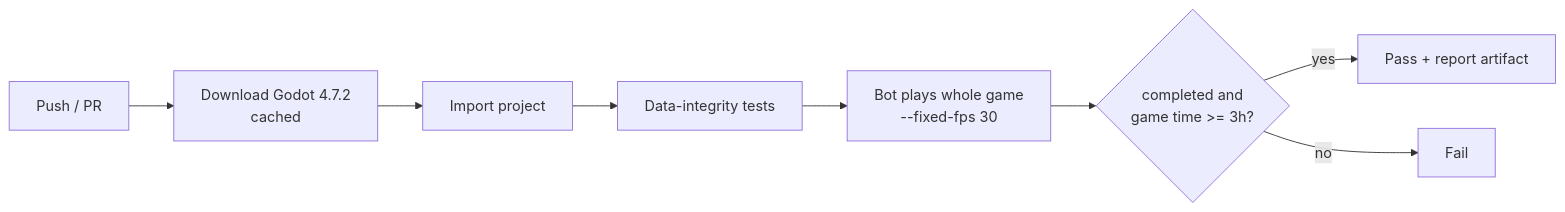
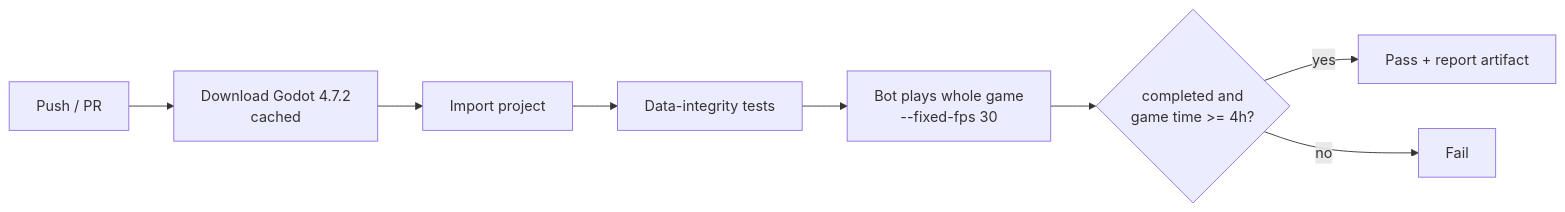
Before and after one commit to jgyy/timegox: the sixth of 6 diagrams in README.md, drawn with Mermaid. The commit also changed other lines of this file and 21 other files, not shown here.

Commit message:
Rebuild the 3D graphics (about 3x the code), add Part IV (+1 hour), fix bugs (#4)

````diff
--- a/README.md
+++ b/README.md
@@ -211,10 +293,10 @@
 ```mermaid
 flowchart LR
     PR[Push / PR] --> DL[Download Godot 4.7.2<br/>cached]
     DL --> IMP[Import project]
     IMP --> T[Data-integrity tests]
     T --> B[Bot plays whole game<br/>--fixed-fps 30]
-    B --> G{completed and<br/>game time >= 3h?}
+    B --> G{completed and<br/>game time >= 4h?}
     G -- yes --> OK[Pass + report artifact]
     G -- no --> FAIL[Fail]
 ```
````
